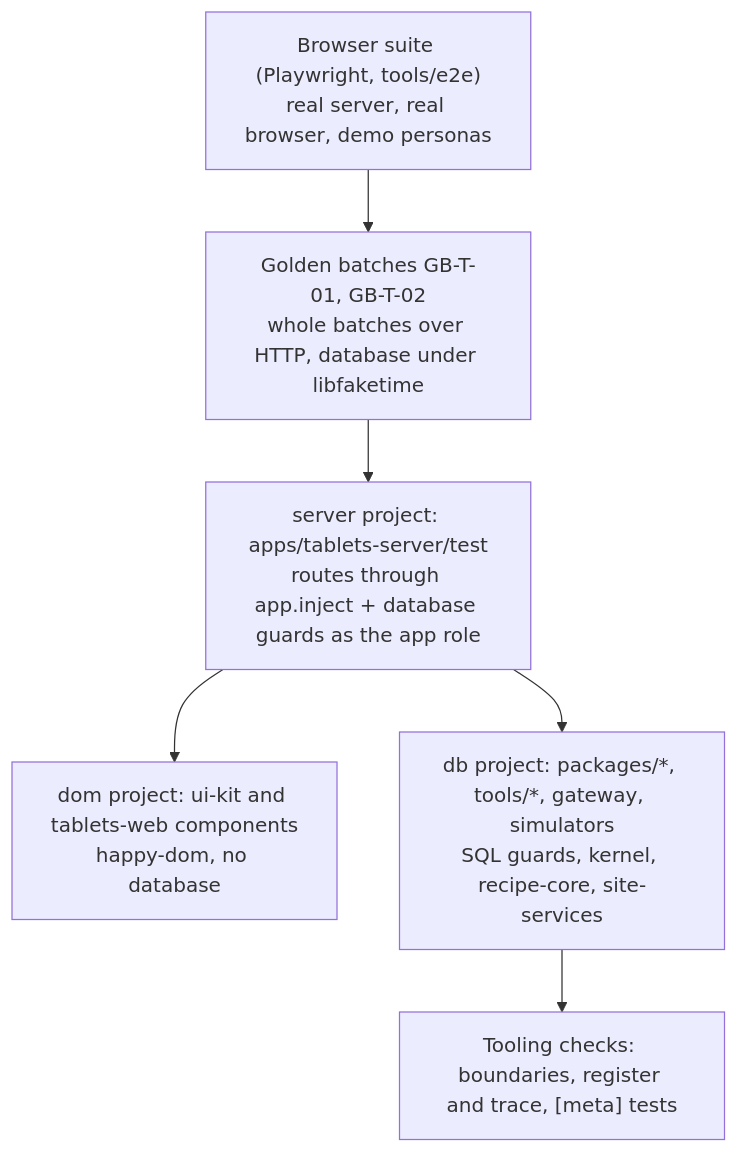
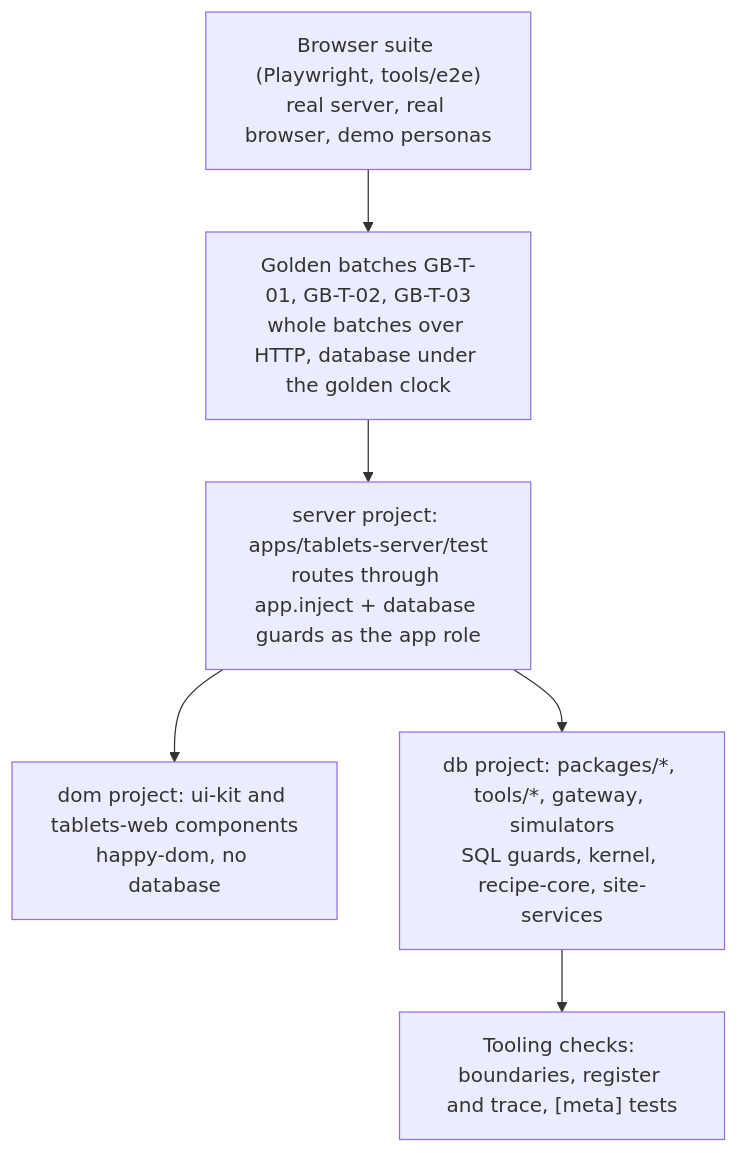
The diagram in docs/handbook/06-testing-and-debugging.md (maglesT/ebmr), drawn with Mermaid before and after one commit. The commit also changed other lines of this file and 9 other files, not shown here.

First line of the commit message:
chore(golden): the golden cluster and CI job run under the golden clock library, docs follow

````diff
--- a/docs/handbook/06-testing-and-debugging.md
+++ b/docs/handbook/06-testing-and-debugging.md
@@ -38,12 +38,12 @@
 ```mermaid
 flowchart TB
   E2E["Browser suite (Playwright, tools/e2e)\nreal server, real browser, demo personas"]
-  GOLD["Golden batches GB-T-01, GB-T-02\nwhole batches over HTTP, database under libfaketime"]
+  GOLD["Golden batches GB-T-01, GB-T-02, GB-T-03\nwhole batches over HTTP, database under the golden clock"]
   SRV["server project: apps/tablets-server/test\nroutes through app.inject + database guards as the app role"]
   DOM["dom project: ui-kit and tablets-web components\nhappy-dom, no database"]
   DB["db project: packages/*, tools/*, gateway, simulators\nSQL guards, kernel, recipe-core, site-services"]
   META["Tooling checks: boundaries, register and trace, [meta] tests"]
   E2E --> GOLD --> SRV --> DB
   SRV --> DOM
   DB --> META
 ```
````
